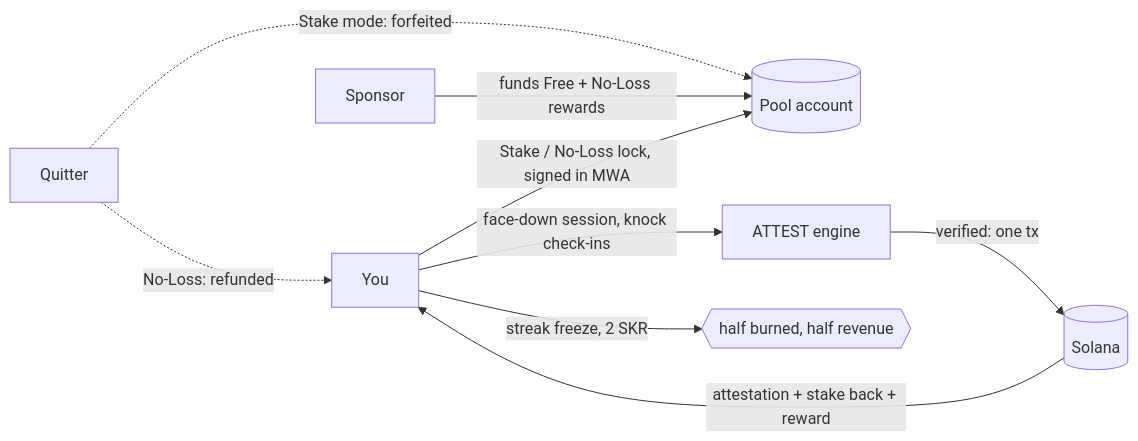
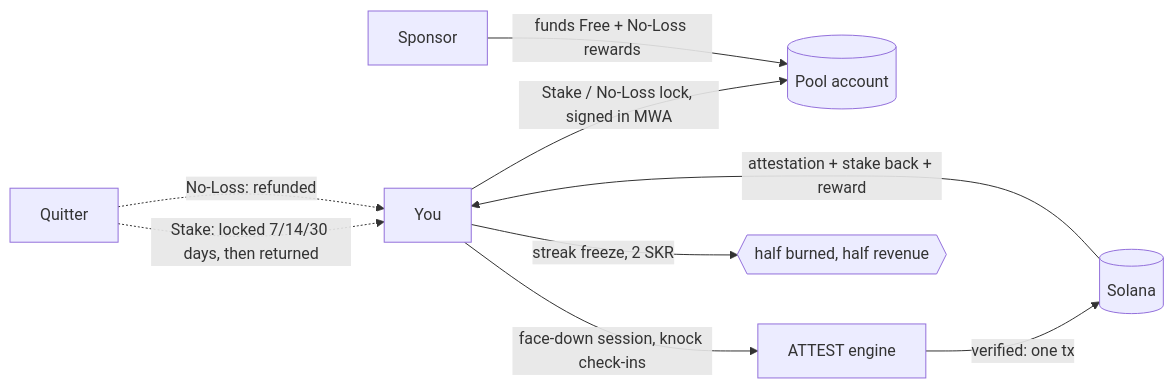
The diagram in README.md (Aaditya1273/FACEDOWN), drawn with Mermaid before and after one commit. The commit also changed other lines of this file and 3 other files, not shown here.

````diff
--- a/README.md
+++ b/README.md
@@ -67,11 +77,11 @@
 ```mermaid
 flowchart LR
     U[You] -- Stake / No-Loss lock, signed in MWA --> P[(Pool account)]
     S[Sponsor] -- funds Free + No-Loss rewards --> P
     U -- face-down session, knock check-ins --> A[ATTEST engine]
     A -- verified: one tx --> C[(Solana)]
     C -- attestation + stake back + reward --> U
-    Q[Quitter] -. Stake mode: forfeited .-> P
+    Q[Quitter] -. Stake: locked 7/14/30 days, then returned .-> U
     Q -. No-Loss: refunded .-> U
     U -- streak freeze, 2 SKR --> F{{half burned, half revenue}}
 ```
````
